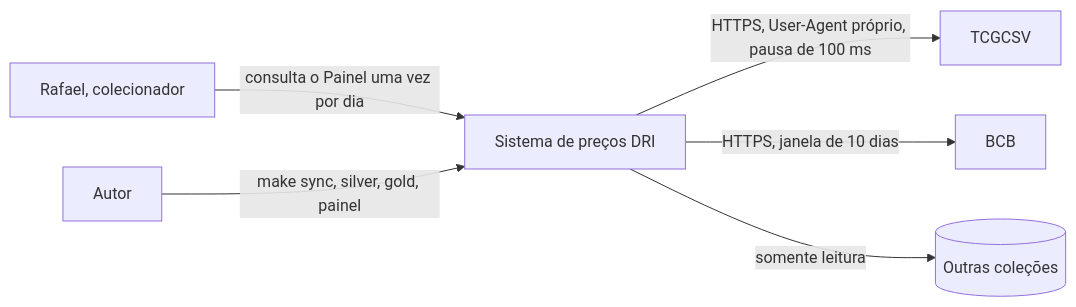
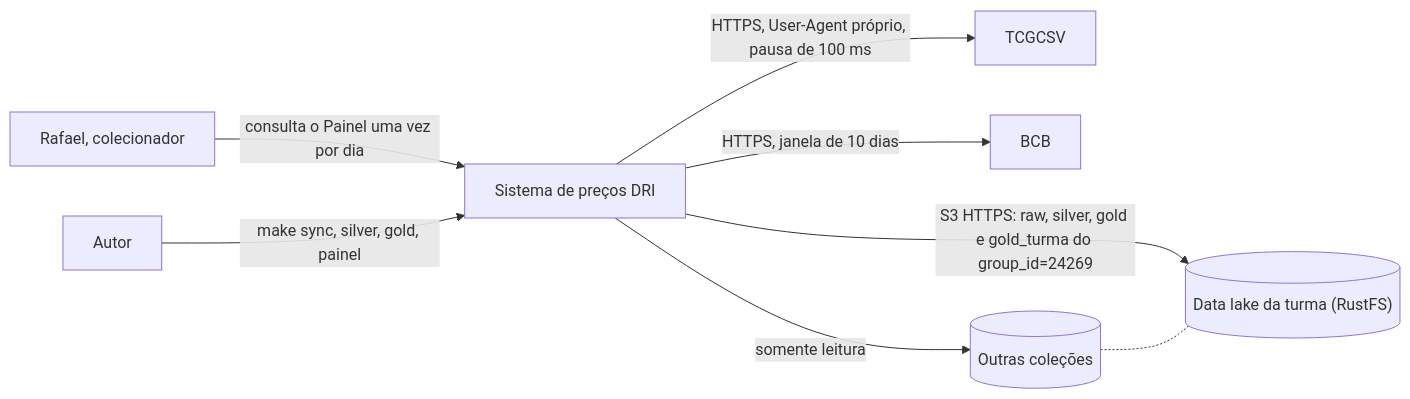
Before and after one commit to aukobe/dcs-2026-projeto: the first of 3 diagrams in specs/plan.md, drawn with Mermaid. The commit also changed other lines of this file and 6 other files, not shown here.

Commit message:
docs(T-58): ADR-008 data lake da turma no RustFS [RNF-13]

````diff
--- a/specs/plan.md
+++ b/specs/plan.md
@@ -27,15 +28,18 @@
 ```mermaid
 flowchart LR
   rafael["Rafael, colecionador"]
   autor["Autor"]
   sistema["Sistema de preços DRI"]
   tcg["TCGCSV"]
   bcb["BCB"]
   outras[("Outras coleções")]
+  lake[("Data lake da turma (RustFS)")]
 
   rafael -->|"consulta o Painel uma vez por dia"| sistema
   autor -->|"make sync, silver, gold, painel"| sistema
   sistema -->|"HTTPS, User-Agent próprio, pausa de 100 ms"| tcg
   sistema -->|"HTTPS, janela de 10 dias"| bcb
+  sistema -->|"S3 HTTPS: raw, silver, gold e gold_turma do group_id=24269"| lake
   sistema -->|"somente leitura"| outras
+  outras -.- lake
 ```
````
